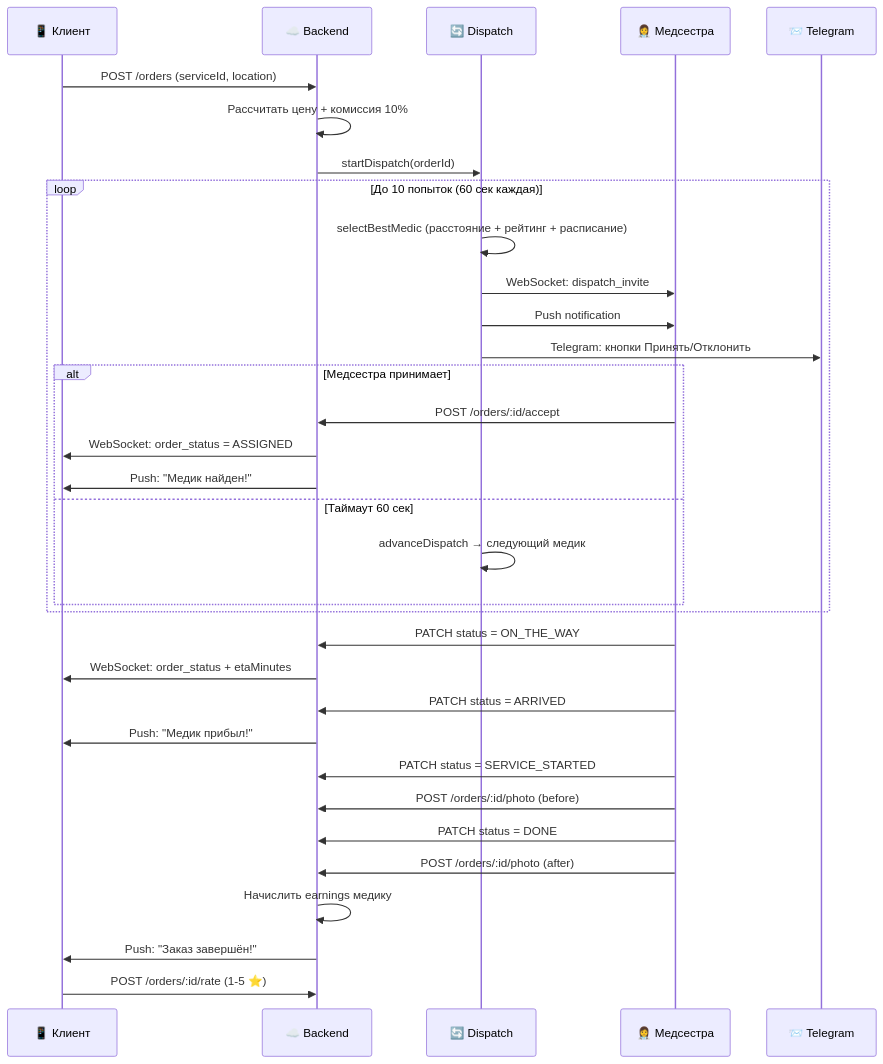
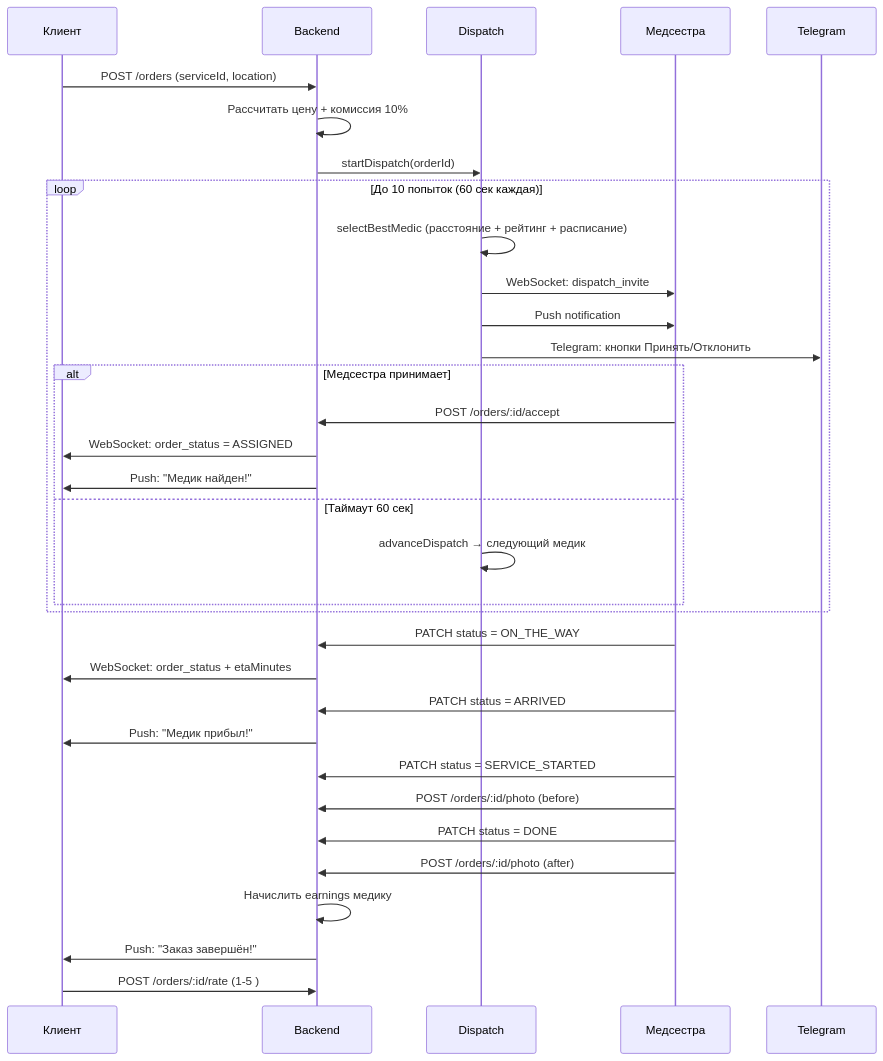
The second of 10 diagrams in docs/SYSTEM_FLOW.md (abubakirilhomov/hamshiraGo), drawn with Mermaid before and after one commit. The commit also changed other lines of this file and 1 other file, not shown here.

First line of the commit message:
fix(docs): remove emoji + fix quotes in Mermaid diagrams

````diff
--- a/docs/SYSTEM_FLOW.md
+++ b/docs/SYSTEM_FLOW.md
@@ -55,42 +55,42 @@
 ```mermaid
 sequenceDiagram
-    participant C as 📱 Клиент
-    participant API as ☁️ Backend
-    participant D as 🔄 Dispatch
-    participant M as 👩‍⚕️ Медсестра
-    participant TG as 📨 Telegram
+    participant C as Клиент
+    participant API as Backend
+    participant D as Dispatch
+    participant M as Медсестра
+    participant TG as Telegram
 
     C->>API: POST /orders (serviceId, location)
     API->>API: Рассчитать цену + комиссия 10%
     API->>D: startDispatch(orderId)
     
     loop До 10 попыток (60 сек каждая)
         D->>D: selectBestMedic (расстояние + рейтинг + расписание)
         D->>M: WebSocket: dispatch_invite
         D->>M: Push notification
         D->>TG: Telegram: кнопки Принять/Отклонить
         
         alt Медсестра принимает
             M->>API: POST /orders/:id/accept
             API->>C: WebSocket: order_status = ASSIGNED
             API->>C: Push: "Медик найден!"
         else Таймаут 60 сек
             D->>D: advanceDispatch → следующий медик
         end
     end
 
     M->>API: PATCH status = ON_THE_WAY
     API->>C: WebSocket: order_status + etaMinutes
     
     M->>API: PATCH status = ARRIVED
     API->>C: Push: "Медик прибыл!"
     
     M->>API: PATCH status = SERVICE_STARTED
     M->>API: POST /orders/:id/photo (before)
     
     M->>API: PATCH status = DONE
     M->>API: POST /orders/:id/photo (after)
     API->>API: Начислить earnings медику
     API->>C: Push: "Заказ завершён!"
-    C->>API: POST /orders/:id/rate (1-5 ⭐)
+    C->>API: POST /orders/:id/rate (1-5 )
 ```
````
